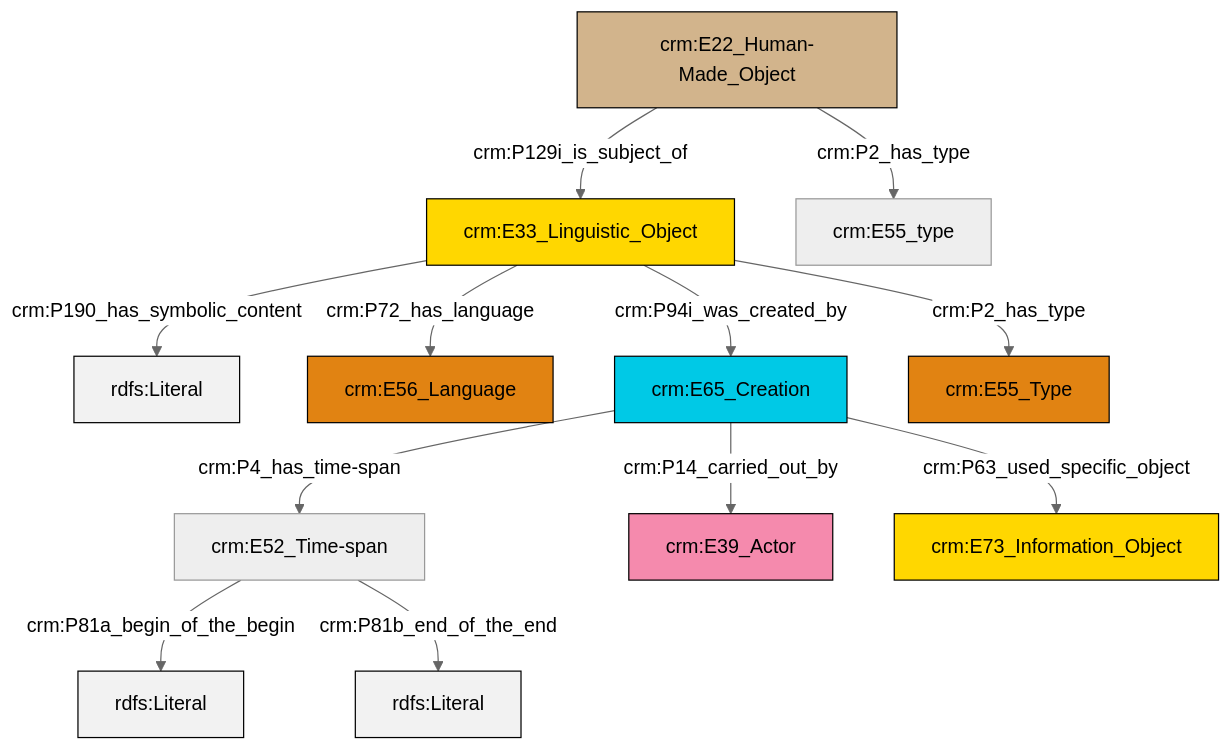
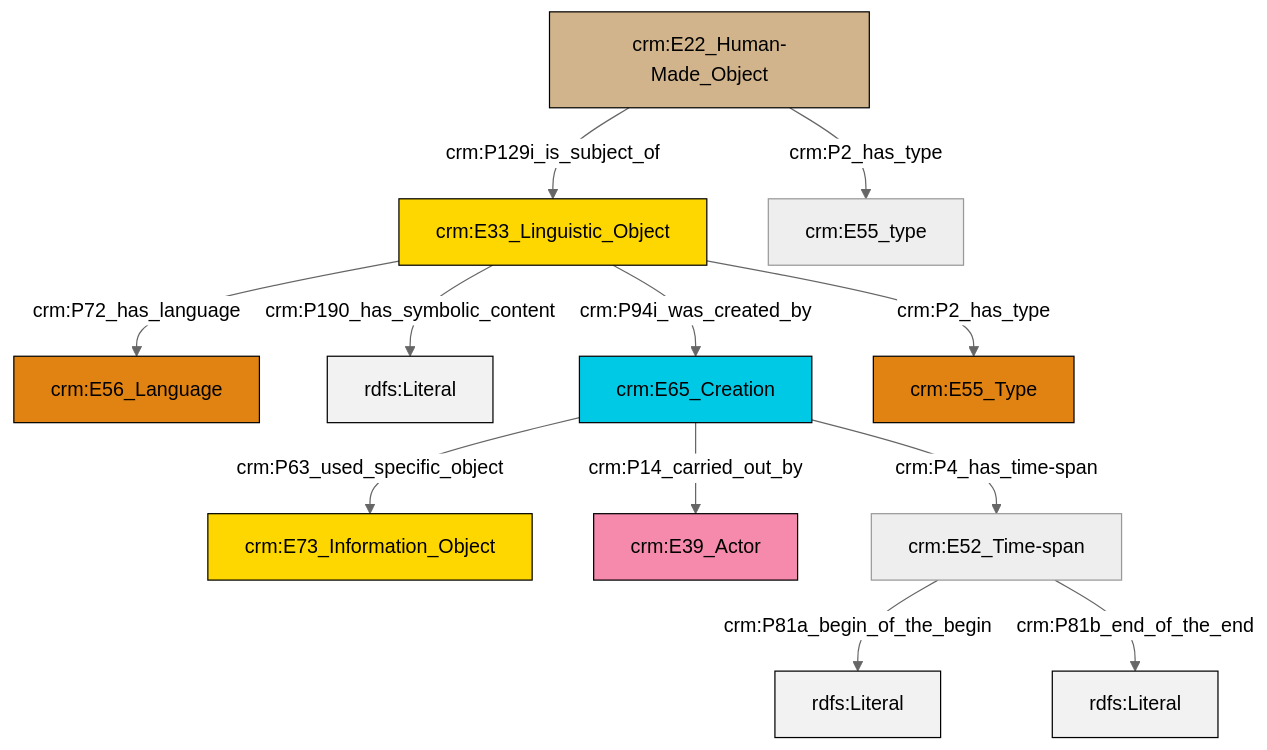
Before and after one commit to swiss-art-research-net/docs.swissartresearch: the diagram in et/builtWorkCSV/ttl/mmd/Built_Work_description.ttl.mmd, drawn with Mermaid (neutral theme). The commit also changed 179 other files, not shown here.

```diff
--- a/et/builtWorkCSV/ttl/mmd/Built_Work_description.ttl.mmd
+++ b/et/builtWorkCSV/ttl/mmd/Built_Work_description.ttl.mmd
@@ -1,26 +1,26 @@
 graph TD
 classDef Literal fill:#f2f2f2,stroke:#000000;
 classDef CRM_Entity fill:#FFFFFF,stroke:#000000;
 classDef Temporal_Entity fill:#00C9E6, stroke:#000000;
 classDef Type fill:#E18312, stroke:#000000;
 classDef Time-Span fill:#2C9C91, stroke:#000000;
 classDef Appellation fill:#FFEB7F, stroke:#000000;
 classDef Place fill:#008836, stroke:#000000;
 classDef Persistent_Item fill:#B266B2, stroke:#000000;
 classDef Conceptual_Object fill:#FFD700, stroke:#000000;
 classDef Physical_Thing fill:#D2B48C, stroke:#000000;
 classDef Actor fill:#f58aad, stroke:#000000;
 classDef PC_Classes fill:#4ce600, stroke:#000000;
 classDef Multi fill:#cccccc,stroke:#000000;
 
-2["crm:E33_Linguistic_Object"]:::Conceptual_Object -->|crm:P190_has_symbolic_content| 3[rdfs:Literal]:::Literal
-2["crm:E33_Linguistic_Object"]:::Conceptual_Object -->|crm:P72_has_language| 6["crm:E56_Language"]:::Type
-2["crm:E33_Linguistic_Object"]:::Conceptual_Object -->|crm:P94i_was_created_by| 7["crm:E65_Creation"]:::Temporal_Entity
-4["crm:E52_Time-span"]:::Default -->|crm:P81a_begin_of_the_begin| 8[rdfs:Literal]:::Literal
-2["crm:E33_Linguistic_Object"]:::Conceptual_Object -->|crm:P2_has_type| 12["crm:E55_Type"]:::Type
-7["crm:E65_Creation"]:::Temporal_Entity -->|crm:P4_has_time-span| 4["crm:E52_Time-span"]:::Default
-0["crm:E22_Human-Made_Object"]:::Physical_Thing -->|crm:P2_has_type| 15["crm:E55_type"]:::Default
-4["crm:E52_Time-span"]:::Default -->|crm:P81b_end_of_the_end| 19[rdfs:Literal]:::Literal
-0["crm:E22_Human-Made_Object"]:::Physical_Thing -->|crm:P129i_is_subject_of| 2["crm:E33_Linguistic_Object"]:::Conceptual_Object
-7["crm:E65_Creation"]:::Temporal_Entity -->|crm:P14_carried_out_by| 10["crm:E39_Actor"]:::Actor
-7["crm:E65_Creation"]:::Temporal_Entity -->|crm:P63_used_specific_object| 17["crm:E73_Information_Object"]:::Conceptual_Object
+0["crm:E22_Human-Made_Object"]:::Physical_Thing -->|crm:P129i_is_subject_of| 1["crm:E33_Linguistic_Object"]:::Conceptual_Object
+1["crm:E33_Linguistic_Object"]:::Conceptual_Object -->|crm:P72_has_language| 6["crm:E56_Language"]:::Type
+1["crm:E33_Linguistic_Object"]:::Conceptual_Object -->|crm:P190_has_symbolic_content| 7[rdfs:Literal]:::Literal
+10["crm:E52_Time-span"]:::Default -->|crm:P81a_begin_of_the_begin| 11[rdfs:Literal]:::Literal
+12["crm:E65_Creation"]:::Temporal_Entity -->|crm:P4_has_time-span| 10["crm:E52_Time-span"]:::Default
+1["crm:E33_Linguistic_Object"]:::Conceptual_Object -->|crm:P94i_was_created_by| 12["crm:E65_Creation"]:::Temporal_Entity
+1["crm:E33_Linguistic_Object"]:::Conceptual_Object -->|crm:P2_has_type| 15["crm:E55_Type"]:::Type
+0["crm:E22_Human-Made_Object"]:::Physical_Thing -->|crm:P2_has_type| 4["crm:E55_type"]:::Default
+12["crm:E65_Creation"]:::Temporal_Entity -->|crm:P63_used_specific_object| 2["crm:E73_Information_Object"]:::Conceptual_Object
+12["crm:E65_Creation"]:::Temporal_Entity -->|crm:P14_carried_out_by| 8["crm:E39_Actor"]:::Actor
+10["crm:E52_Time-span"]:::Default -->|crm:P81b_end_of_the_end| 20[rdfs:Literal]:::Literal
```
